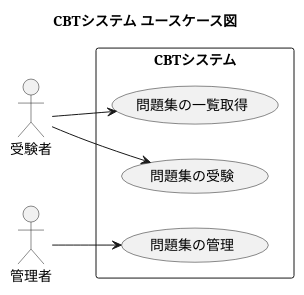
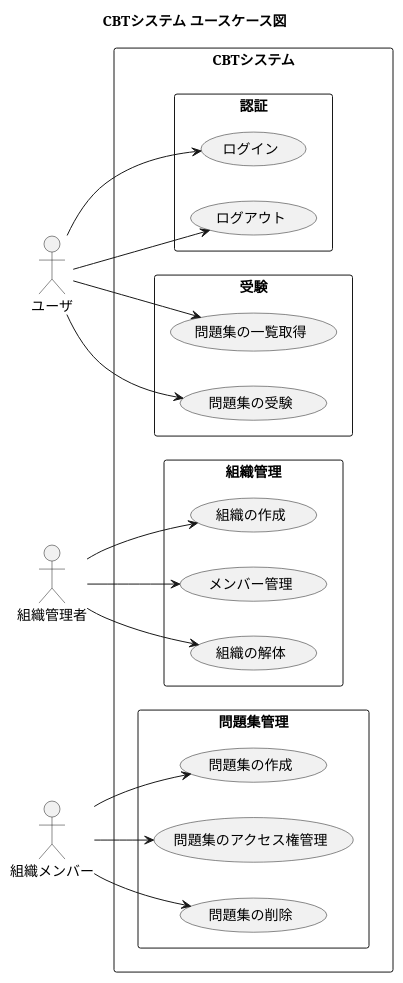
The diagram in docs/CBT/UML/UseCases.puml (YanaPIIDXer/CBTSystem), drawn with PlantUML before and after one commit.

Commit message:
ユースケース図書き直し

```diff
--- a/docs/CBT/UML/UseCases.puml
+++ b/docs/CBT/UML/UseCases.puml
@@ -1,21 +1,49 @@
 @startuml ユースケース図
 
 title CBTシステム ユースケース図
 
 left to right direction
 
-actor "受験者" as user
-actor "管理者" as admin
+actor "ユーザ" as user
+actor "組織管理者" as admin
+actor "組織メンバー" as member
 
 rectangle "CBTシステム" as system {
-  usecase 問題集の一覧取得
-  usecase 問題集の受験
+  rectangle 認証 {
+    usecase ログイン
+    usecase ログアウト
+  }
+  
+  rectangle 受験  {
+    usecase 問題集の一覧取得
+    usecase 問題集の受験
+  }
 
-  usecase 問題集の管理
+  rectangle 組織管理 {
+    usecase 組織の作成
+    usecase メンバー管理
+    usecase 組織の解体
+  }
+
+  rectangle 問題集管理 {
+    usecase 問題集の作成
+    usecase 問題集のアクセス権管理
+    usecase 問題集の削除
+  }
 }
+
+user --> ログイン
+user --> ログアウト
 
 user --> 問題集の一覧取得
 user --> 問題集の受験
-admin --> 問題集の管理
+
+admin --> 組織の作成
+admin --> メンバー管理
+admin --> 組織の解体
+
+member --> 問題集の作成
+member --> 問題集のアクセス権管理
+member --> 問題集の削除
 
 @enduml
```
